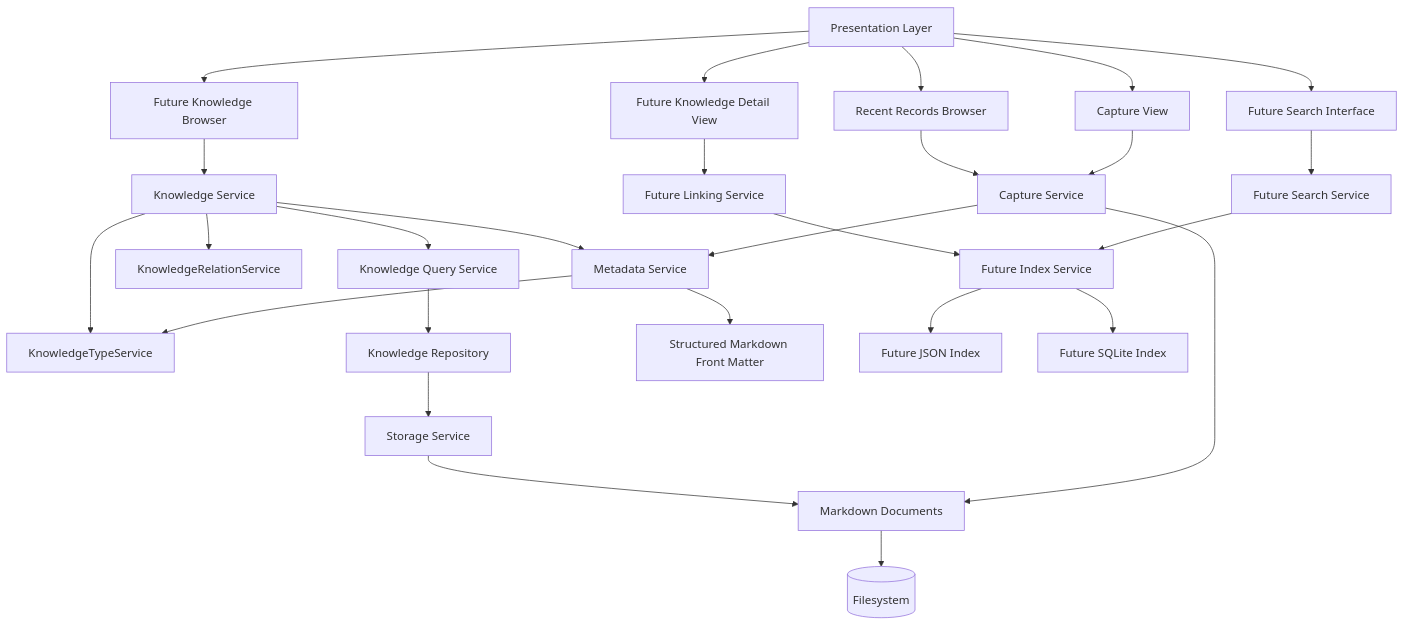
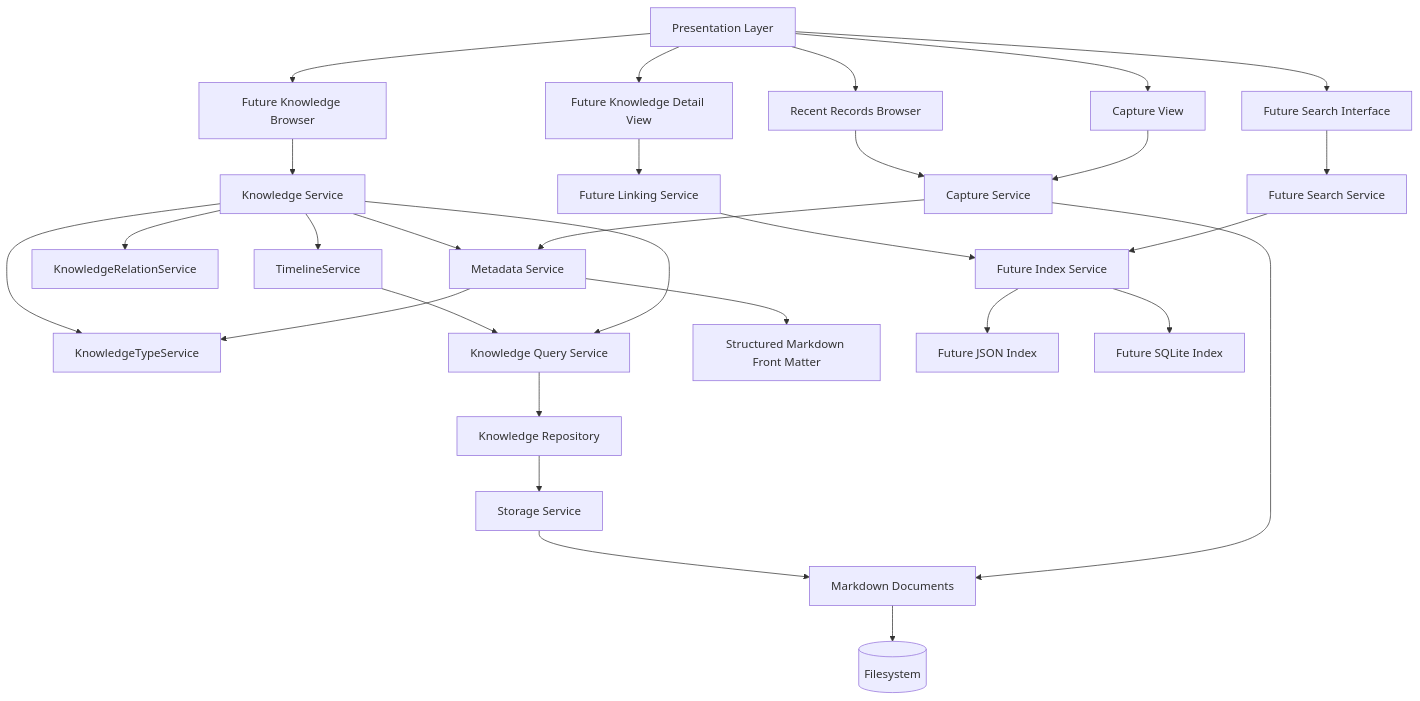
The diagram in docs/Architecture.md (2511677586/LifeOS), drawn with Mermaid before and after one commit. The commit also changed other lines of this file and 7 other files, not shown here.

Commit message:
feat: add Timeline Foundation

````diff
--- a/docs/Architecture.md
+++ b/docs/Architecture.md
@@ -188,32 +231,34 @@
 ```mermaid
 graph TD
     UI[Presentation Layer] --> CV[Capture View]
     UI --> RB[Recent Records Browser]
     UI --> KB[Future Knowledge Browser]
     UI --> SI[Future Search Interface]
     UI --> DV[Future Knowledge Detail View]
 
     CV --> CS[Capture Service]
     RB --> CS
     KB --> KS[Knowledge Service]
     SI --> SS[Future Search Service]
     DV --> LS[Future Linking Service]
 
     CS --> MS[Metadata Service]
     MS --> KTS[KnowledgeTypeService]
     KS --> KRS[KnowledgeRelationService]
     KS --> KQS[Knowledge Query Service]
+    KS --> TLS[TimelineService]
+    TLS --> KQS
     KQS --> KR[Knowledge Repository]
     KS --> MS
     KS --> KTS
     MS --> SD[Structured Markdown Front Matter]
     CS --> MD[Markdown Documents]
     KR --> ST[Storage Service]
     ST --> MD
     SS --> IX[Future Index Service]
     LS --> IX
 
     MD --> FS[(Filesystem)]
     IX --> JI[Future JSON Index]
     IX --> SQ[Future SQLite Index]
 ```
````
